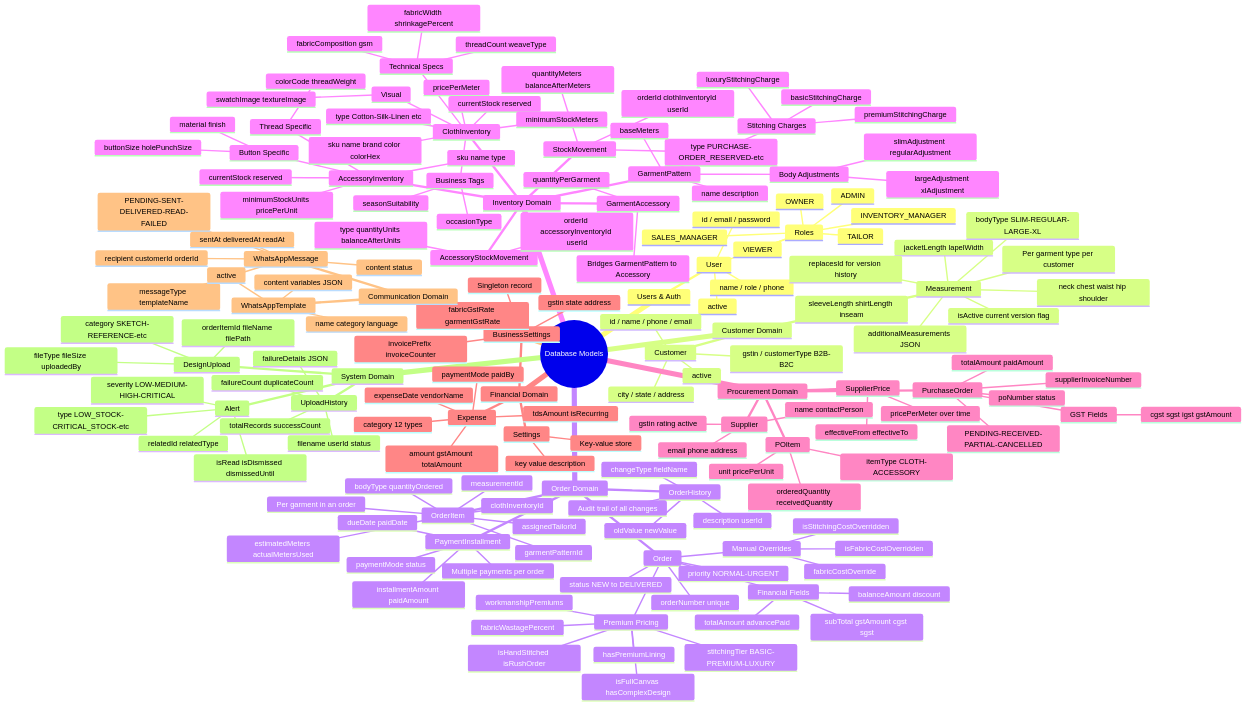
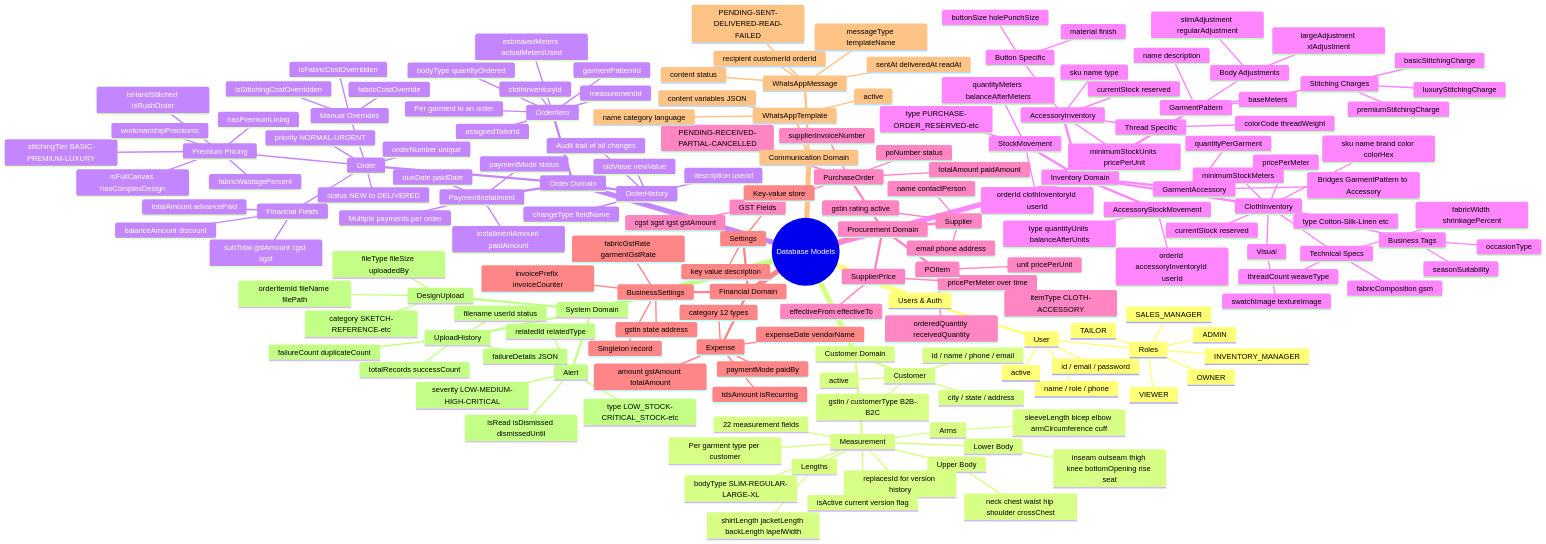
One commit to gagneet/hamees-inventory changed the third of 18 diagrams in docs/MINDMAPS.md. Above: the diagram before and after it, drawn with Mermaid. The commit also changed other lines of this file and 1 other file, not shown here.

```diff
--- a/docs/MINDMAPS.md
+++ b/docs/MINDMAPS.md
@@ -406,11 +447,16 @@
         active
       Measurement
         Per garment type per customer
-        neck chest waist hip shoulder
-        sleeveLength shirtLength inseam
-        jacketLength lapelWidth
+        22 measurement fields
+        Upper Body
+          neck chest waist hip shoulder crossChest
+        Arms
+          sleeveLength bicep elbow armCircumference cuff
+        Lengths
+          shirtLength jacketLength backLength lapelWidth
+        Lower Body
+          inseam outseam thigh knee bottomOpening rise seat
         bodyType SLIM-REGULAR-LARGE-XL
-        additionalMeasurements JSON
         replacesId for version history
         isActive current version flag
     Order Domain
```
